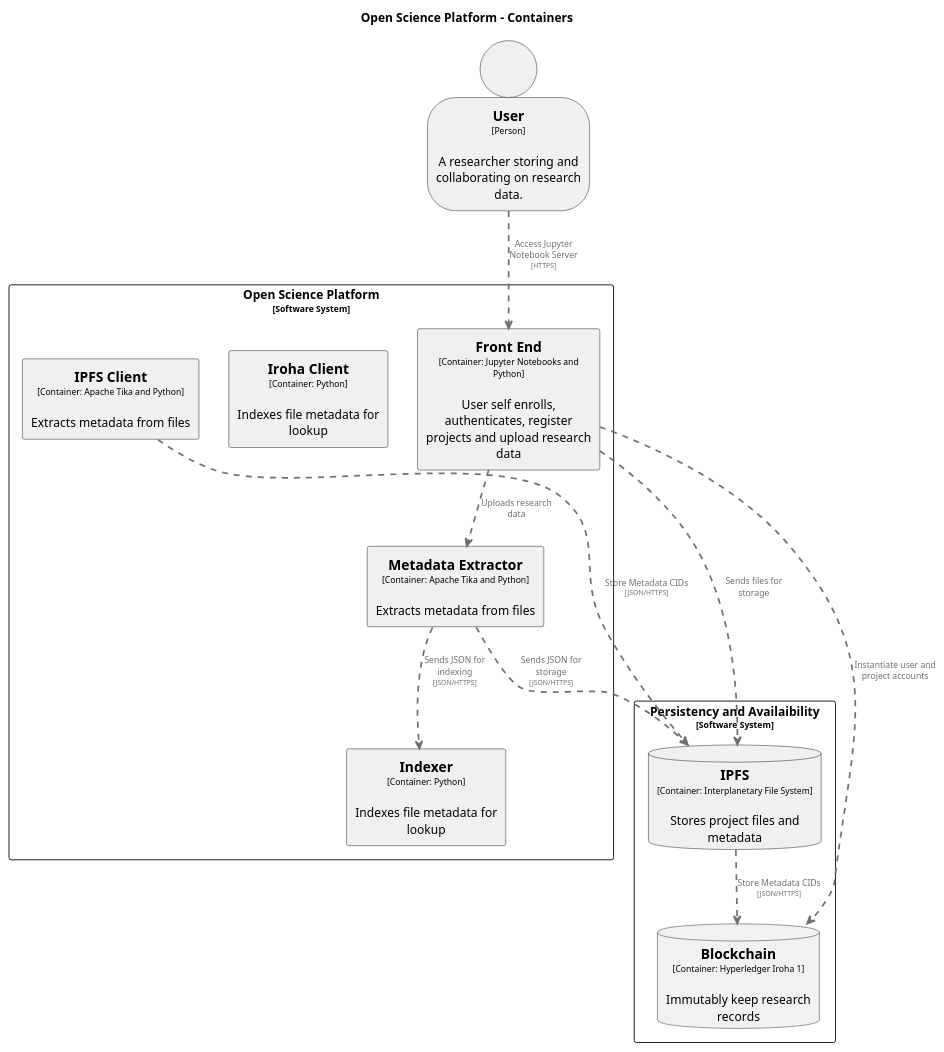
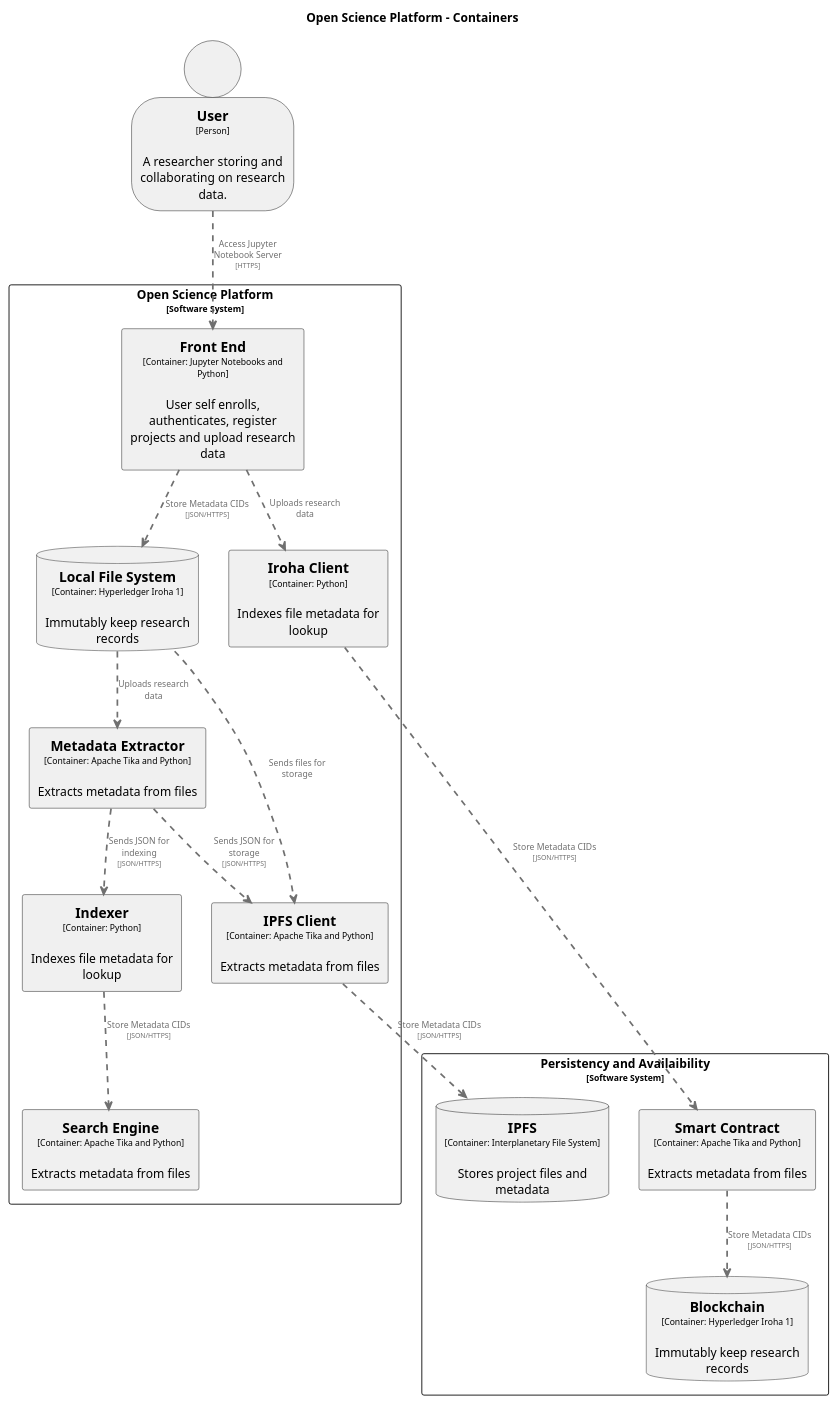
The diagram in diagrams/plantUML/container_diagram.wsd (OliveiraEdu/d-OSP), drawn with PlantUML before and after one commit.

Commit message:
updating container diagram

```diff
--- a/diagrams/plantUML/container_diagram.wsd
+++ b/diagrams/plantUML/container_diagram.wsd
@@ -1,102 +1,124 @@
 @startuml
 set separator none
 title Open Science Platform - Containers
 
 top to bottom direction
 
 skinparam {
   arrowFontSize 10
   defaultTextAlignment center
   wrapWidth 200
   maxMessageSize 100
 }
 
 hide stereotype
 
 skinparam rectangle<<OpenSciencePlatform.Indexer>> {
   BackgroundColor #F0F0F0
   FontColor #000000
   BorderColor #000000
   shadowing false
 }
 skinparam database<<OpenSciencePlatform.IPFS>> {
   BackgroundColor #F0F0F0
   FontColor #000000
   BorderColor #000000
   shadowing false
 }
 skinparam rectangle<<OpenSciencePlatform.Blockchain>> {
+  BackgroundColor #F0F0F0
+  FontColor #000000
+  BorderColor #000000
+  shadowing false
+}
+
+skinparam rectangle<<OpenSciencePlatform.SearchEngine>> {
   BackgroundColor #F0F0F0
   FontColor #000000
   BorderColor #000000
   shadowing false
 }
 
 skinparam person<<User>> {
   BackgroundColor #F0F0F0
   FontColor #000000
   BorderColor #000000
   shadowing false
 }
 skinparam rectangle<<OpenSciencePlatform.MetadataExtractor>> {
   BackgroundColor #F0F0F0
   FontColor #000000
   BorderColor #000000
   shadowing false
 }
 
 skinparam rectangle<<OpenSciencePlatform.IPFSClient>> {
   BackgroundColor #F0F0F0
   FontColor #000000
   BorderColor #000000
   shadowing false
 }
 
 skinparam rectangle<<OpenSciencePlatform.IrohaClient>> {
   BackgroundColor #F0F0F0
   FontColor #000000
   BorderColor #000000
   shadowing false
 }
 
 skinparam rectangle<<OpenSciencePlatform.FrontEnd>> {
   BackgroundColor #F0F0F0
   FontColor #000000
   BorderColor #000000
   shadowing false
 }
+
+skinparam rectangle<<OpenSciencePlatform.SmartContract>> {
+  BackgroundColor #F0F0F0
+  FontColor #000000
+  BorderColor #000000
+  shadowing false
+}
 skinparam rectangle<<OpenSciencePlatform>> {
   BorderColor #000000
   FontColor #000000
   shadowing false
 }
 
 person "==User\n<size:10>[Person]</size>\n\nA researcher storing and collaborating on research data." <<User>> as User
 
 rectangle "Open Science Platform\n<size:10>[Software System]</size>" <<OpenSciencePlatform>> {
   rectangle "==Front End\n<size:10>[Container: Jupyter Notebooks and Python]</size>\n\nUser self enrolls, authenticates, register projects and upload research data " <<OpenSciencePlatform.FrontEnd>> as OpenSciencePlatform.FrontEnd
   rectangle "==Indexer\n<size:10>[Container: Python]</size>\n\nIndexes file metadata for lookup" <<OpenSciencePlatform.Indexer>> as OpenSciencePlatform.Indexer
   rectangle "==Metadata Extractor\n<size:10>[Container: Apache Tika and Python]</size>\n\nExtracts metadata from files" <<OpenSciencePlatform.MetadataExtractor>> as OpenSciencePlatform.MetadataExtractor
   rectangle "==Iroha Client\n<size:10>[Container: Python]</size>\n\nIndexes file metadata for lookup" <<OpenSciencePlatform.IrohaClient>> as OpenSciencePlatform.IrohaClient
   rectangle "==IPFS Client\n<size:10>[Container: Apache Tika and Python]</size>\n\nExtracts metadata from files" <<OpenSciencePlatform.IPFSClient>> as OpenSciencePlatform.IPFSClient
+  rectangle "==Search Engine\n<size:10>[Container: Apache Tika and Python]</size>\n\nExtracts metadata from files" <<OpenSciencePlatform.SearchEngine>> as OpenSciencePlatform.SearchEngine
+  database "==Local File System\n<size:10>[Container: Hyperledger Iroha 1]</size>\n\nImmutably keep research records" <<OpenSciencePlatform.LocalFileSystem>> as OpenSciencePlatform.LocalFileSystem
+
 }
+
   
 rectangle "Persistency and Availaibility\n<size:10>[Software System]</size>" <<OpenSciencePlatform>> {
   database "==IPFS\n<size:10>[Container: Interplanetary File System]</size>\n\nStores project files and metadata" <<OpenSciencePlatform.IPFS>> as OpenSciencePlatform.IPFS
   database "==Blockchain\n<size:10>[Container: Hyperledger Iroha 1]</size>\n\nImmutably keep research records" <<OpenSciencePlatform.Blockchain>> as OpenSciencePlatform.Blockchain
+  rectangle "==Smart Contract\n<size:10>[Container: Apache Tika and Python]</size>\n\nExtracts metadata from files" <<OpenSciencePlatform.SearchEngine>> as OpenSciencePlatform.SmartContract
 
 }
 
 User .[#707070,thickness=2].> OpenSciencePlatform.FrontEnd : "<color:#707070>Access Jupyter Notebook Server\n<color:#707070><size:8>[HTTPS]</size>"
-OpenSciencePlatform.FrontEnd .[#707070,thickness=2].> OpenSciencePlatform.MetadataExtractor : "<color:#707070>Uploads research data"
-OpenSciencePlatform.FrontEnd .[#707070,thickness=2].> OpenSciencePlatform.Blockchain : "<color:#707070>Instantiate user and project accounts"
-OpenSciencePlatform.FrontEnd .[#707070,thickness=2].> OpenSciencePlatform.IPFS : "<color:#707070>Sends files for storage"
+OpenSciencePlatform.LocalFileSystem .[#707070,thickness=2].> OpenSciencePlatform.MetadataExtractor : "<color:#707070>Uploads research data"
+OpenSciencePlatform.FrontEnd .[#707070,thickness=2].> OpenSciencePlatform.IrohaClient : "<color:#707070>Uploads research data"
+OpenSciencePlatform.LocalFileSystem .[#707070,thickness=2].> OpenSciencePlatform.IPFSClient : "<color:#707070>Sends files for storage"
 OpenSciencePlatform.MetadataExtractor .[#707070,thickness=2].> OpenSciencePlatform.Indexer : "<color:#707070>Sends JSON for indexing\n<color:#707070><size:8>[JSON/HTTPS]</size>"
-OpenSciencePlatform.MetadataExtractor .[#707070,thickness=2].> OpenSciencePlatform.IPFS : "<color:#707070>Sends JSON for storage\n<color:#707070><size:8>[JSON/HTTPS]</size>"
-OpenSciencePlatform.IPFS .[#707070,thickness=2].> OpenSciencePlatform.Blockchain : "<color:#707070>Store Metadata CIDs\n<color:#707070><size:8>[JSON/HTTPS]</size>"
+OpenSciencePlatform.MetadataExtractor .[#707070,thickness=2].> OpenSciencePlatform.IPFSClient : "<color:#707070>Sends JSON for storage\n<color:#707070><size:8>[JSON/HTTPS]</size>"
+OpenSciencePlatform.SmartContract .[#707070,thickness=2].> OpenSciencePlatform.Blockchain : "<color:#707070>Store Metadata CIDs\n<color:#707070><size:8>[JSON/HTTPS]</size>"
 OpenSciencePlatform.IPFSClient .[#707070,thickness=2].> OpenSciencePlatform.IPFS : "<color:#707070>Store Metadata CIDs\n<color:#707070><size:8>[JSON/HTTPS]</size>"
+OpenSciencePlatform.Indexer .[#707070,thickness=2].> OpenSciencePlatform.SearchEngine : "<color:#707070>Store Metadata CIDs\n<color:#707070><size:8>[JSON/HTTPS]</size>"
+OpenSciencePlatform.FrontEnd .[#707070,thickness=2].> OpenSciencePlatform.LocalFileSystem : "<color:#707070>Store Metadata CIDs\n<color:#707070><size:8>[JSON/HTTPS]</size>"
+OpenSciencePlatform.IrohaClient .[#707070,thickness=2].> OpenSciencePlatform.SmartContract : "<color:#707070>Store Metadata CIDs\n<color:#707070><size:8>[JSON/HTTPS]</size>"
 
 
 
 
 @enduml
```
